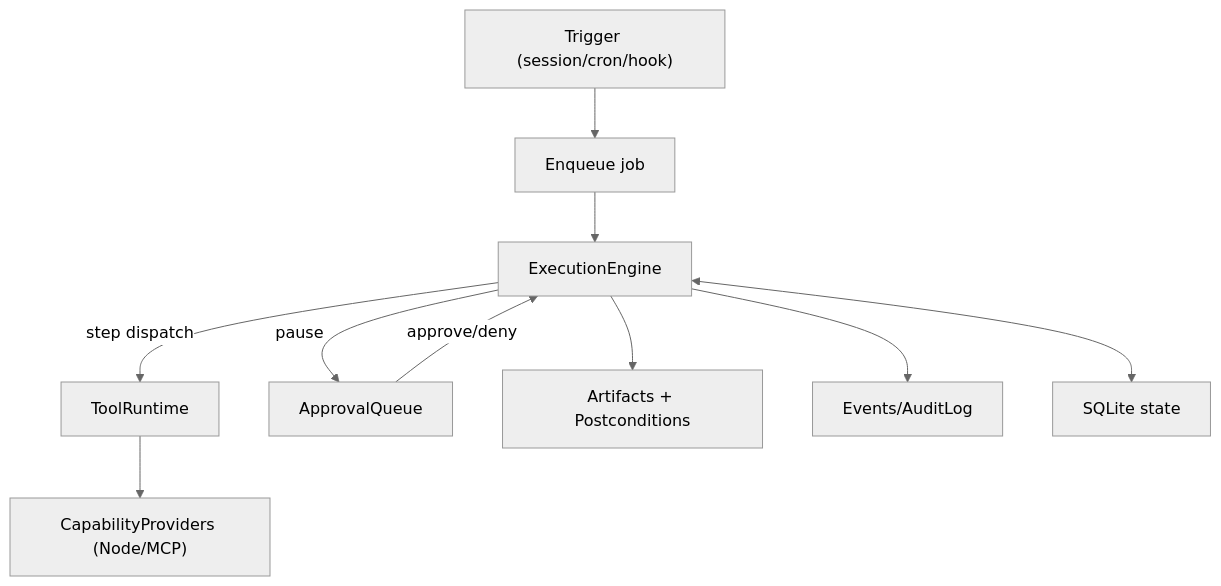
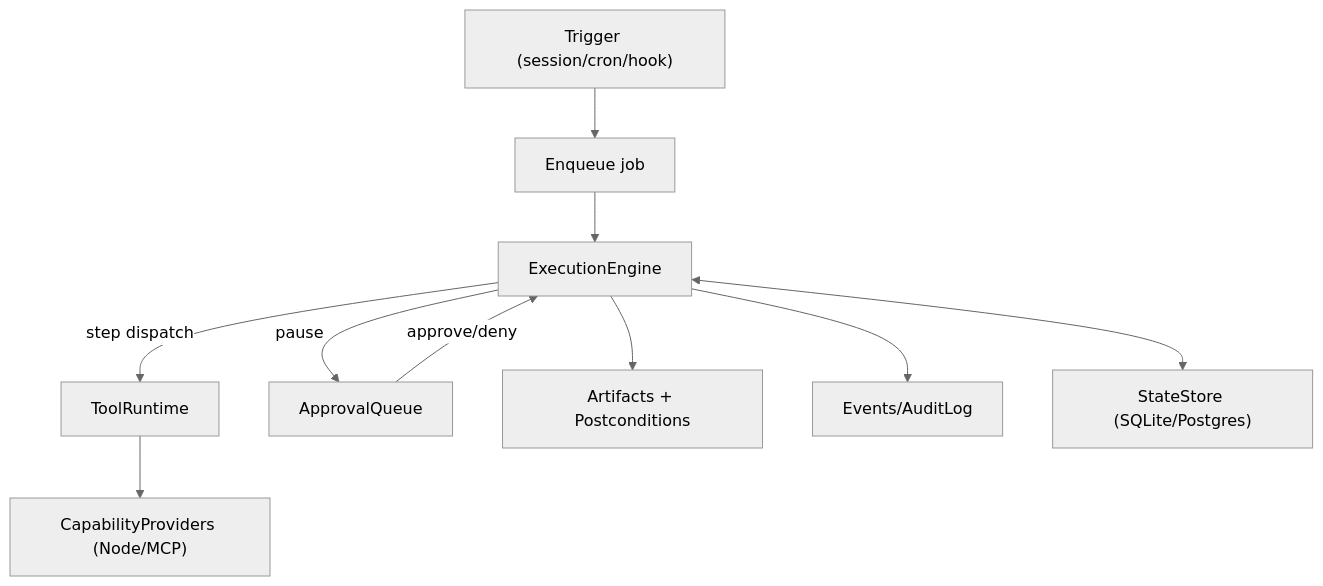
Before and after one commit to tyrumai/tyrum: the diagram in docs/architecture/execution-engine.md, drawn with Mermaid (neutral theme). The commit also changed other lines of this file and 13 other files, not shown here.

````diff
--- a/docs/architecture/execution-engine.md
+++ b/docs/architecture/execution-engine.md
@@ -66,15 +77,15 @@
 ```mermaid
 flowchart TB
   Trigger["Trigger (session/cron/hook)"] --> Enqueue["Enqueue job"]
   Enqueue --> Engine["ExecutionEngine"]
 
   Engine -->|step dispatch| Tools["ToolRuntime"]
   Tools --> Providers["CapabilityProviders (Node/MCP)"]
 
   Engine -->|pause| Approvals["ApprovalQueue"]
   Approvals -->|approve/deny| Engine
 
   Engine --> Evidence["Artifacts + Postconditions"]
   Engine --> Events["Events/AuditLog"]
-  Engine <--> DB["SQLite state"]
+  Engine <--> DB["StateStore (SQLite/Postgres)"]
 ```
````
